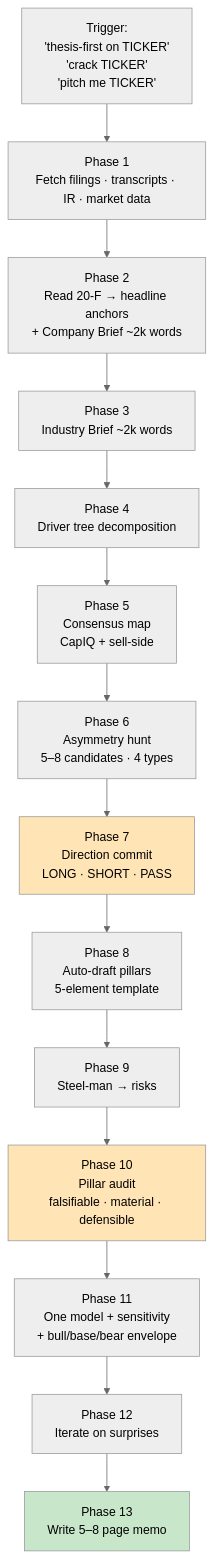
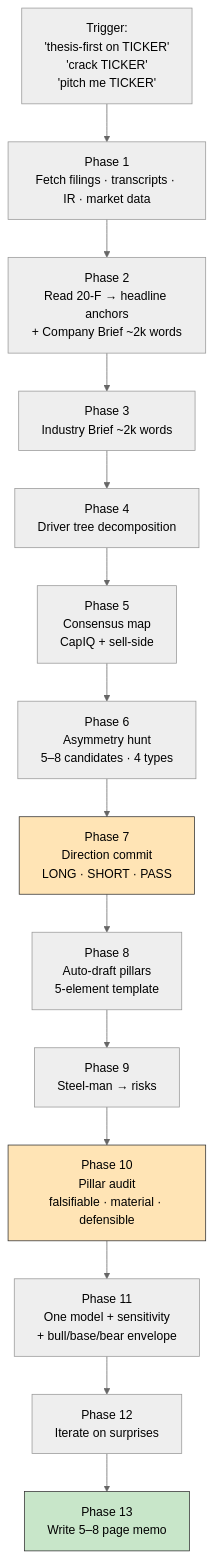
One commit to GeniusTrader-Harry/equity-research-skill changed the diagram in README.md. Above: the diagram before and after it, drawn with Mermaid (neutral theme).

Commit message:
Fix mermaid diagram text contrast on dark theme

````diff
--- a/README.md
+++ b/README.md
@@ -57,19 +57,19 @@
 ```mermaid
 flowchart TD
     A[Trigger:<br/>'thesis-first on TICKER'<br/>'crack TICKER'<br/>'pitch me TICKER'] --> B[Phase 1<br/>Fetch filings · transcripts · IR · market data]
     B --> C[Phase 2<br/>Read 20-F → headline anchors<br/>+ Company Brief ~2k words]
     C --> D[Phase 3<br/>Industry Brief ~2k words]
     D --> E[Phase 4<br/>Driver tree decomposition]
     E --> F[Phase 5<br/>Consensus map<br/>CapIQ + sell-side]
     F --> G[Phase 6<br/>Asymmetry hunt<br/>5–8 candidates · 4 types]
     G --> H[Phase 7<br/>Direction commit<br/>LONG · SHORT · PASS]
     H --> I[Phase 8<br/>Auto-draft pillars<br/>5-element template]
     I --> J[Phase 9<br/>Steel-man → risks]
     J --> K[Phase 10<br/>Pillar audit<br/>falsifiable · material · defensible]
     K --> L[Phase 11<br/>One model + sensitivity<br/>+ bull/base/bear envelope]
     L --> M[Phase 12<br/>Iterate on surprises]
     M --> N[Phase 13<br/>Write 5–8 page memo]
-    style H fill:#ffe4b5
-    style K fill:#ffe4b5
-    style N fill:#c8e6c9
+    style H fill:#ffe4b5,stroke:#333,color:#000
+    style K fill:#ffe4b5,stroke:#333,color:#000
+    style N fill:#c8e6c9,stroke:#333,color:#000
 ```
````
